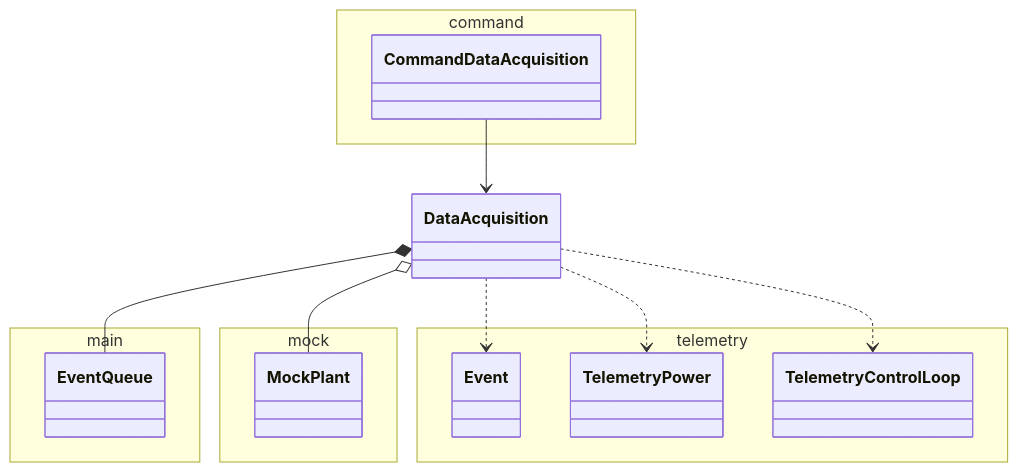
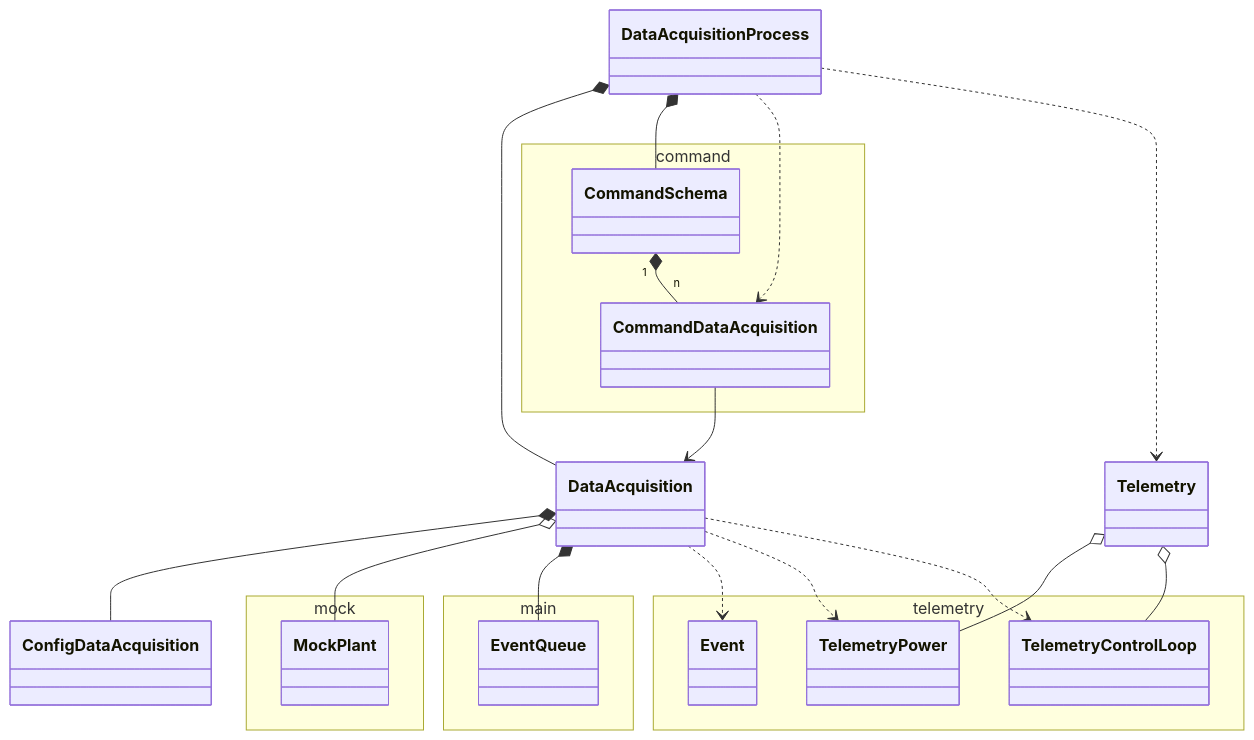
One commit to lsst-ts/ts_mtm2_controller changed the second of 8 diagrams in doc/class_diagram.md. Above: the diagram before and after it, drawn with Mermaid. The commit also changed other lines of this file and 3 other files, not shown here.

````diff
--- a/doc/class_diagram.md
+++ b/doc/class_diagram.md
@@ -95,29 +100,41 @@
 ```mermaid
 classDiagram
 
 namespace main {
   class EventQueue
 }
 
 namespace mock {
   class MockPlant
 }
 
 namespace telemetry {
   class Event
   class TelemetryPower
   class TelemetryControlLoop
 }
 
+Telemetry o-- TelemetryPower
+Telemetry o-- TelemetryControlLoop
+
 namespace command {
+  class CommandSchema
   class CommandDataAcquisition
 }
 
+CommandSchema "1" *-- "n" CommandDataAcquisition
+
+DataAcquisitionProcess *-- DataAcquisition
+DataAcquisitionProcess *-- CommandSchema
+DataAcquisitionProcess ..> CommandDataAcquisition
+DataAcquisitionProcess ..> Telemetry
+
 CommandDataAcquisition --> DataAcquisition
 
+DataAcquisition *-- ConfigDataAcquisition
 DataAcquisition o-- MockPlant
 DataAcquisition *-- EventQueue
 DataAcquisition ..> Event
 DataAcquisition ..> TelemetryPower
 DataAcquisition ..> TelemetryControlLoop
 ```
````
